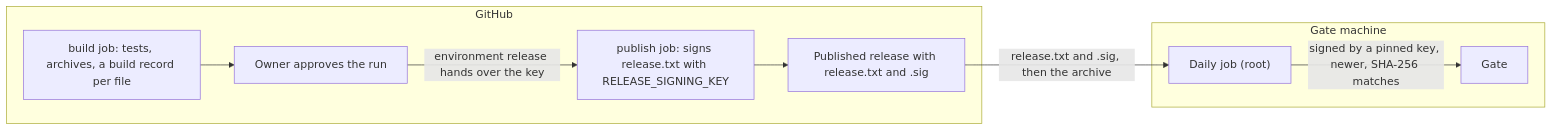
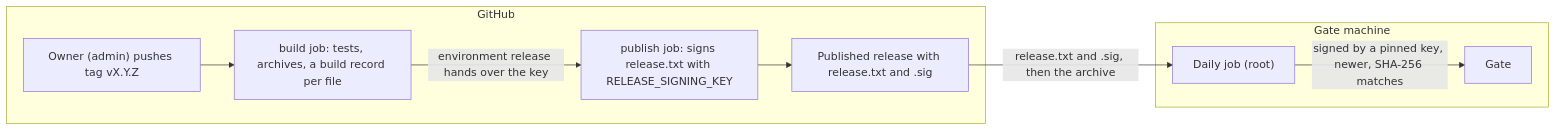
Before and after one commit to Phygital-Key/phygital-key: the second of 2 diagrams in docs/threat-model.md, drawn with Mermaid. The commit also changed other lines of this file and 21 other files, not shown here.

````diff
--- a/docs/threat-model.md
+++ b/docs/threat-model.md
@@ -105,18 +105,18 @@
 ```mermaid
 flowchart LR
   subgraph GH["GitHub"]
     B["build job: tests, archives, a build record per file"]
-    A["Owner approves the run"]
+    A["Owner (admin) pushes tag vX.Y.Z"]
     P["publish job: signs release.txt with RELEASE_SIGNING_KEY"]
     PUB["Published release with release.txt and .sig"]
   end
   subgraph GM["Gate machine"]
     J["Daily job (root)"]
     G["Gate"]
   end
-  B --> A
-  A -->|"environment release hands over the key"| P
+  A --> B
+  B -->|"environment release hands over the key"| P
   P --> PUB
   PUB -->|"release.txt and .sig, then the archive"| J
   J -->|"signed by a pinned key, newer, SHA-256 matches"| G
 ```
````
